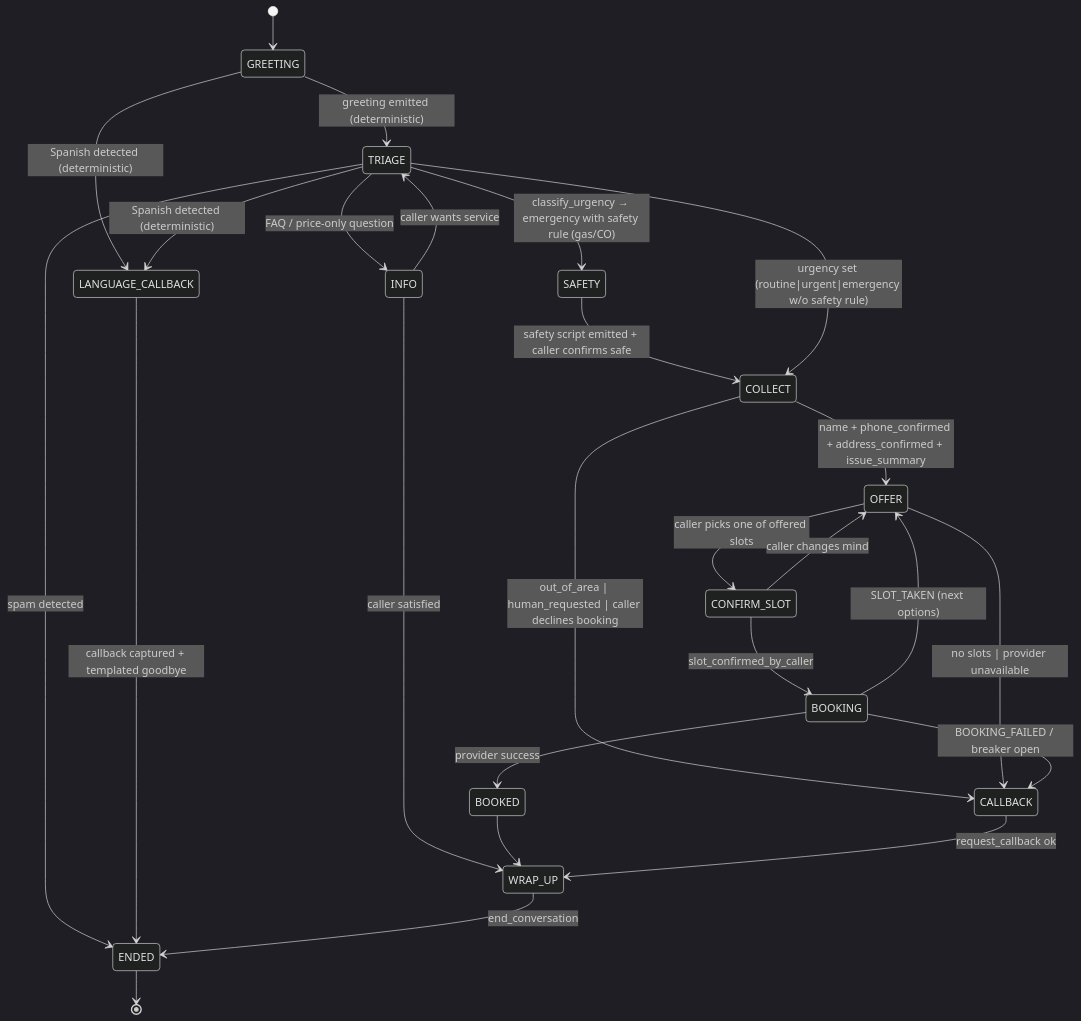
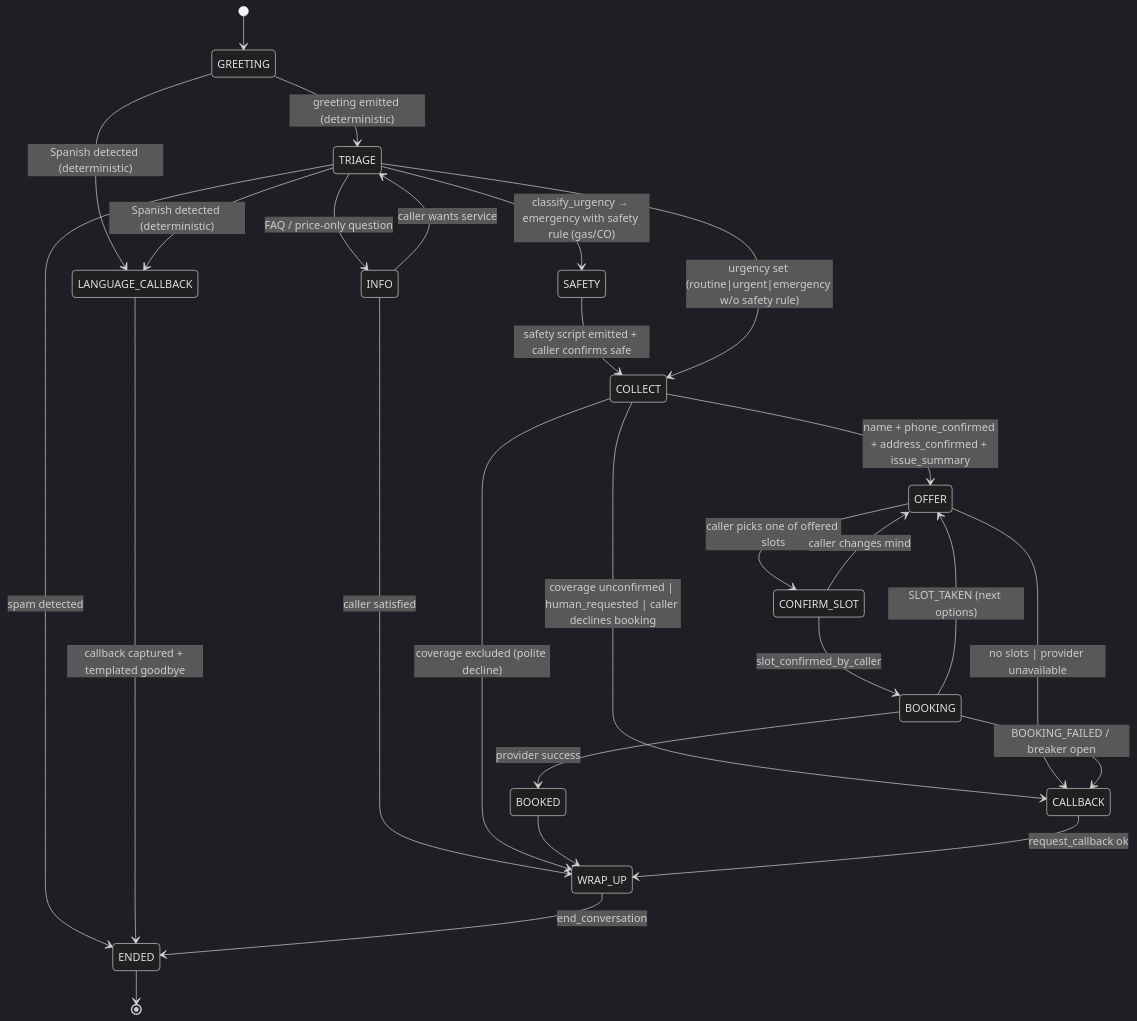
Before and after one commit to Vansh-Batra10/MAGV_AI: the sixth of 6 diagrams in DESIGN.md, drawn with Mermaid (dark theme). The commit also changed other lines of this file and 70 other files, not shown here.

````diff
--- a/DESIGN.md
+++ b/DESIGN.md
@@ -308,28 +316,29 @@
 ```mermaid
 stateDiagram-v2
   [*] --> GREETING
   GREETING --> TRIAGE: greeting emitted (deterministic)
   TRIAGE --> SAFETY: classify_urgency → emergency with safety rule (gas/CO)
   SAFETY --> COLLECT: safety script emitted + caller confirms safe
   TRIAGE --> COLLECT: urgency set (routine|urgent|emergency w/o safety rule)
   TRIAGE --> INFO: FAQ / price-only question
   INFO --> TRIAGE: caller wants service
   INFO --> WRAP_UP: caller satisfied
   COLLECT --> OFFER: name + phone_confirmed + address_confirmed + issue_summary
-  COLLECT --> CALLBACK: out_of_area | human_requested | caller declines booking
+  COLLECT --> CALLBACK: coverage unconfirmed | human_requested | caller declines booking
+  COLLECT --> WRAP_UP: coverage excluded (polite decline)
   OFFER --> CONFIRM_SLOT: caller picks one of offered slots
   OFFER --> CALLBACK: no slots | provider unavailable
   CONFIRM_SLOT --> BOOKING: slot_confirmed_by_caller
   CONFIRM_SLOT --> OFFER: caller changes mind
   BOOKING --> BOOKED: provider success
   BOOKING --> OFFER: SLOT_TAKEN (next options)
   BOOKING --> CALLBACK: BOOKING_FAILED / breaker open
   BOOKED --> WRAP_UP
   CALLBACK --> WRAP_UP: request_callback ok
   TRIAGE --> ENDED: spam detected
   GREETING --> LANGUAGE_CALLBACK: Spanish detected (deterministic)
   TRIAGE --> LANGUAGE_CALLBACK: Spanish detected (deterministic)
   LANGUAGE_CALLBACK --> ENDED: callback captured + templated goodbye
   WRAP_UP --> ENDED: end_conversation
   ENDED --> [*]
 ```
````
